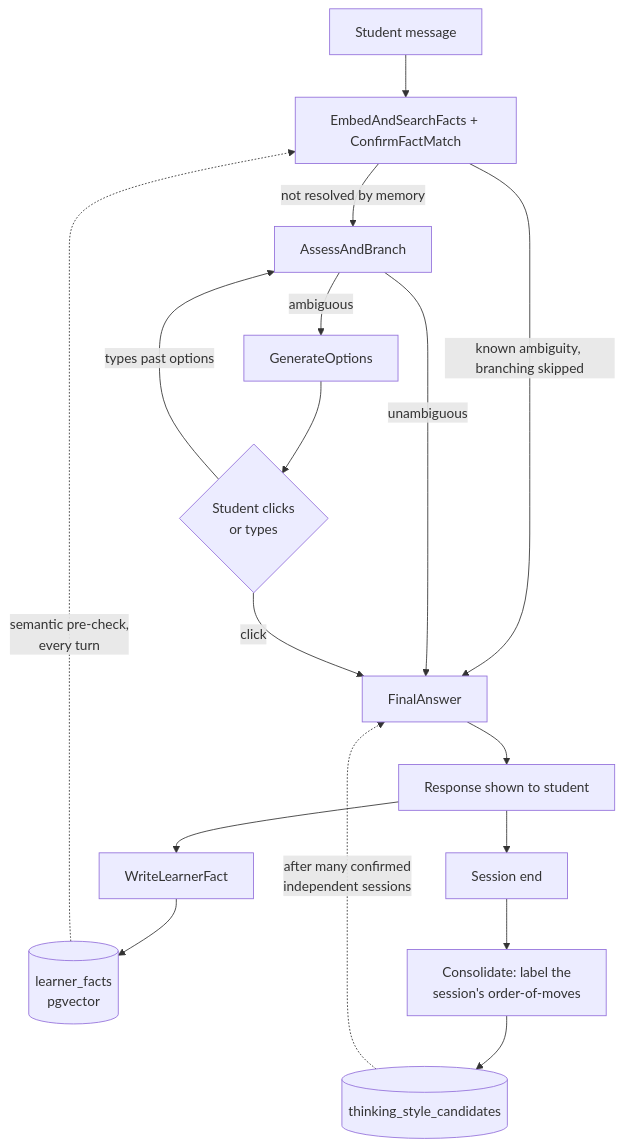
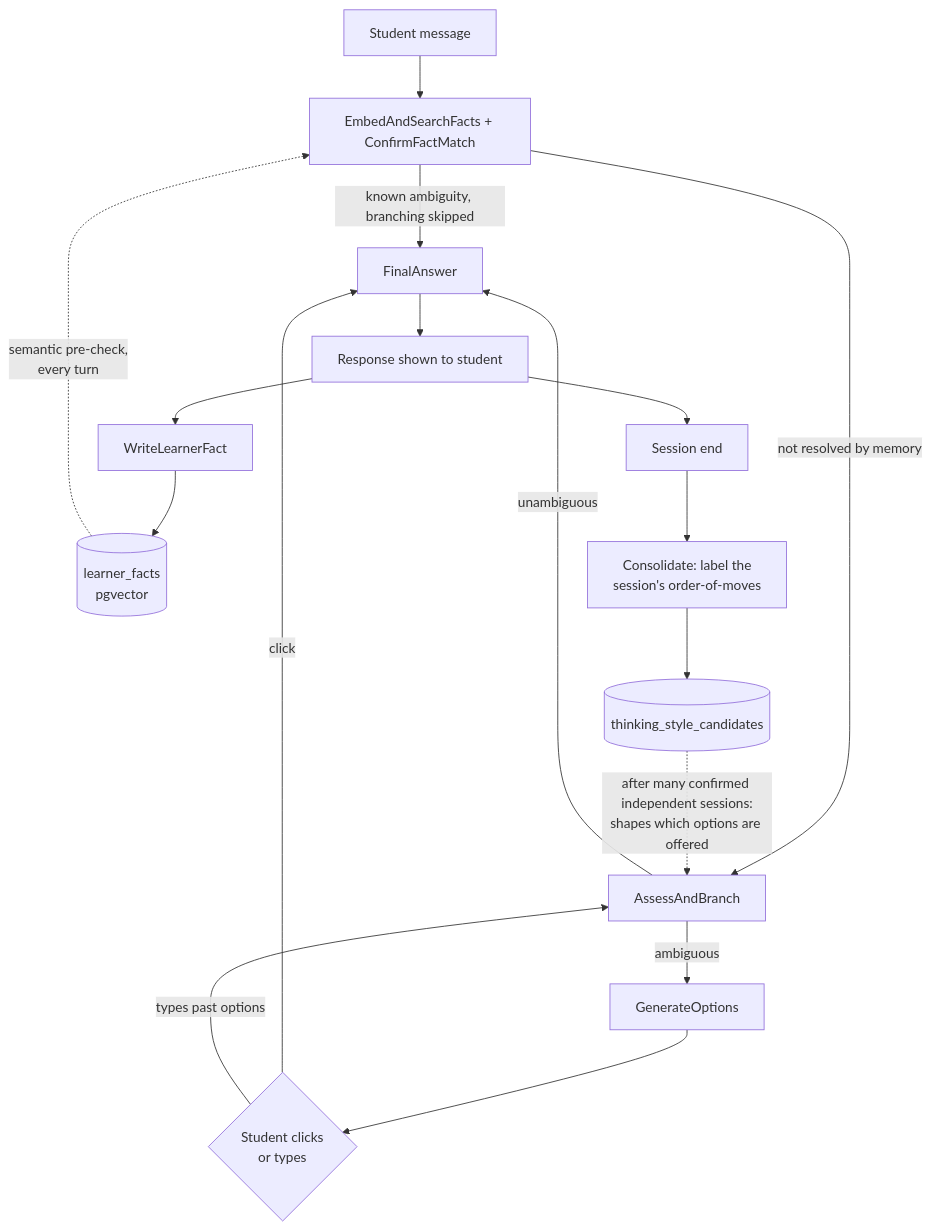
Before and after one commit to sjr27-maker/Versa-v3: the diagram in README.md, drawn with Mermaid. The commit also changed other lines of this file and 107 other files, not shown here.

````diff
--- a/README.md
+++ b/README.md
@@ -39,19 +39,19 @@
 ```mermaid
 flowchart TD
     A[Student message] --> M[EmbedAndSearchFacts + ConfirmFactMatch]
     M -->|known ambiguity, branching skipped| E[FinalAnswer]
     M -->|not resolved by memory| B[AssessAndBranch]
     B -->|unambiguous| E
     B -->|ambiguous| C[GenerateOptions]
     C --> D{Student clicks<br/>or types}
     D -->|click| E
     D -->|types past options| B
     E --> F[Response shown to student]
     F --> G[WriteLearnerFact]
     G --> H[(learner_facts<br/>pgvector)]
     H -.->|semantic pre-check,<br/>every turn| M
     F --> I[Session end]
     I --> J[Consolidate: label the<br/>session's order-of-moves]
     J --> K[(thinking_style_candidates)]
-    K -.->|after many confirmed<br/>independent sessions| E
+    K -.->|after many confirmed independent sessions:<br/>shapes which options are offered| B
 ```
````
